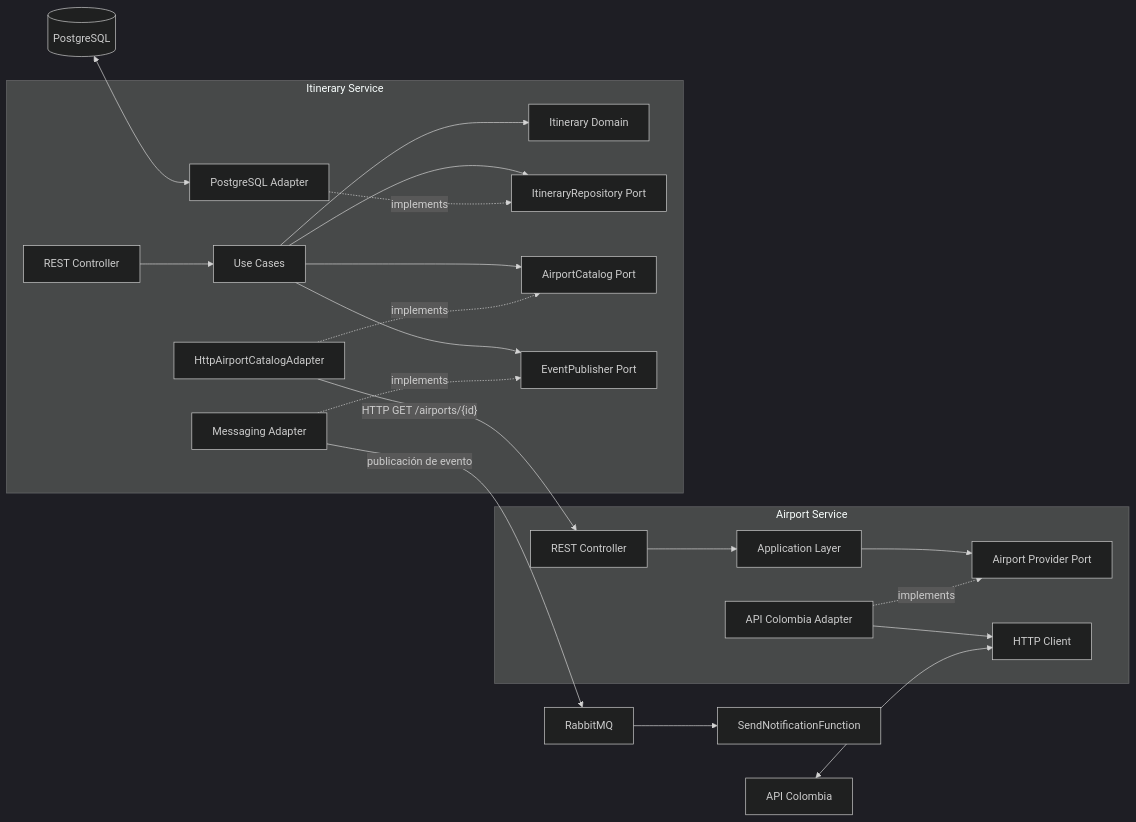
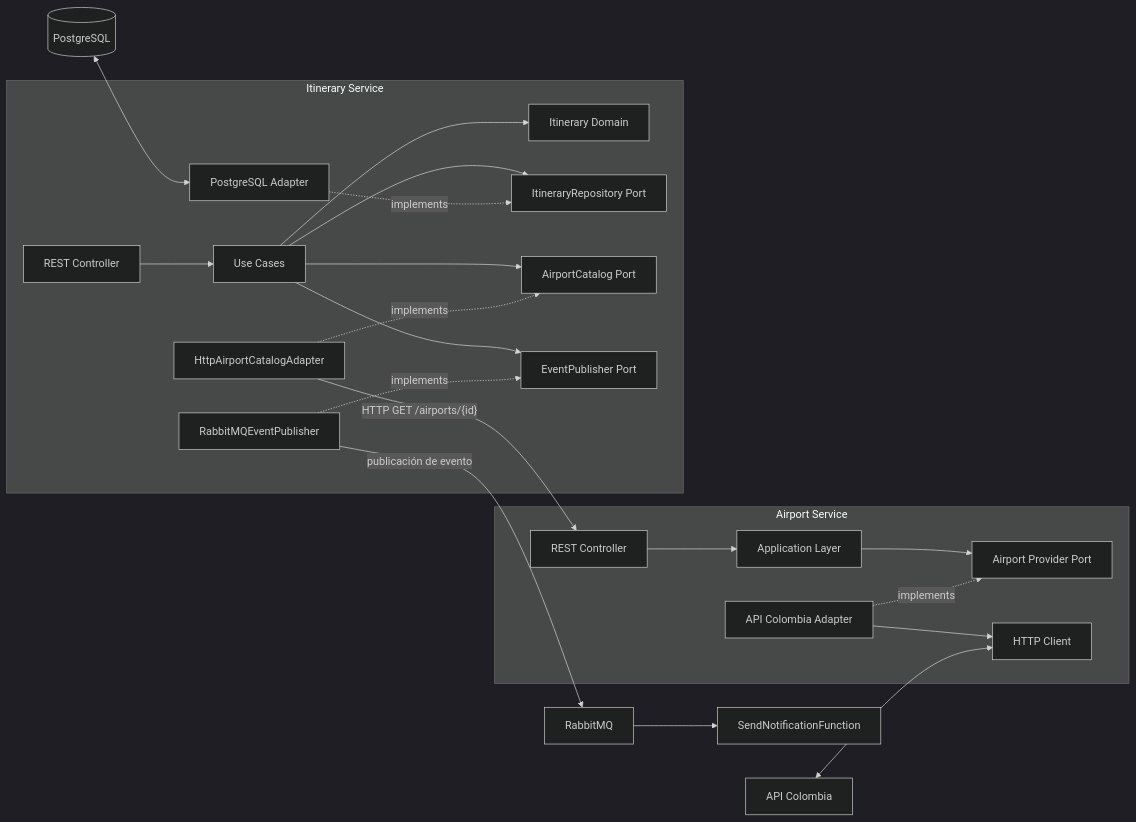
Before and after one commit to JUANGR12192004/sistema-itinerarios-personales: the second of 5 diagrams in docs/05-diagramas.md, drawn with Mermaid (dark theme). The commit also changed other lines of this file and 5 other files, not shown here.

````diff
--- a/docs/05-diagramas.md
+++ b/docs/05-diagramas.md
@@ -39,43 +39,43 @@
 ```mermaid
 flowchart LR
     subgraph Airport["Airport Service"]
         AC[REST Controller]
         APP[Application Layer]
         PORT[Airport Provider Port]
         ADAPTER[API Colombia Adapter]
         CLIENT[HTTP Client]
 
         AC --> APP
         APP --> PORT
         ADAPTER -.->|implements| PORT
         ADAPTER --> CLIENT
     end
 
     EXT[API Colombia] <--> CLIENT
 
     subgraph Itinerary["Itinerary Service"]
         IC[REST Controller]
         UC[Use Cases]
         DOMAIN[Itinerary Domain]
         REPO[ItineraryRepository Port]
         PERSIST[PostgreSQL Adapter]
         CATALOG[AirportCatalog Port]
         HTTPADAPTER[HttpAirportCatalogAdapter]
         PUBPORT[EventPublisher Port]
-        MSGADAPTER[Messaging Adapter]
+        MSGADAPTER[RabbitMQEventPublisher]
 
         IC --> UC
         UC --> DOMAIN
         UC --> REPO
         UC --> CATALOG
         UC --> PUBPORT
         PERSIST -.->|implements| REPO
         HTTPADAPTER -.->|implements| CATALOG
         MSGADAPTER -.->|implements| PUBPORT
     end
 
     DB[(PostgreSQL)] <--> PERSIST
     HTTPADAPTER -->|"HTTP GET /airports/{id}"| AC
     MSGADAPTER -->|publicación de evento| MQ[RabbitMQ]
     MQ --> NF[SendNotificationFunction]
 ```
````
